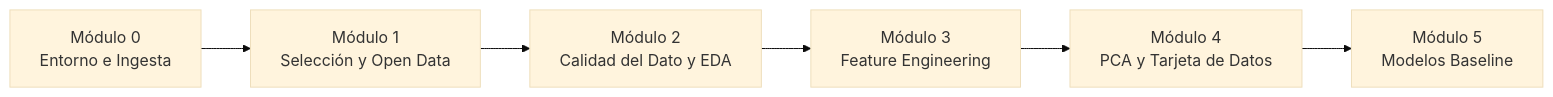
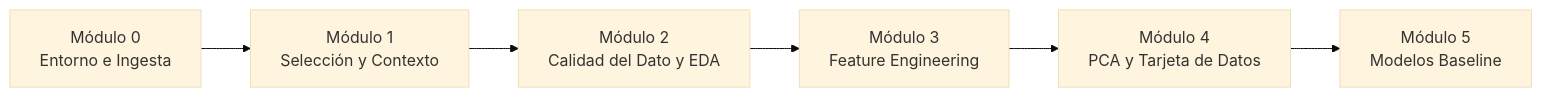
Before and after one commit to Javier-Herreros-Pinilla/social-media-student-wellbeing-ml: the diagram in README.md, drawn with Mermaid (base theme). The commit also changed other lines of this file and 32 other files, not shown here.

````diff
--- a/README.md
+++ b/README.md
@@ -29,8 +29,8 @@
 ```mermaid
 flowchart LR
-    M0["Módulo 0<br/>Entorno e Ingesta"] --> M1["Módulo 1<br/>Selección y Open Data"]
+    M0["Módulo 0<br/>Entorno e Ingesta"] --> M1["Módulo 1<br/>Selección y Contexto"]
     M1 --> M2["Módulo 2<br/>Calidad del Dato y EDA"]
     M2 --> M3["Módulo 3<br/>Feature Engineering"]
     M3 --> M4["Módulo 4<br/>PCA y Tarjeta de Datos"]
     M4 --> M5["Módulo 5<br/>Modelos Baseline"]
 ```
````
